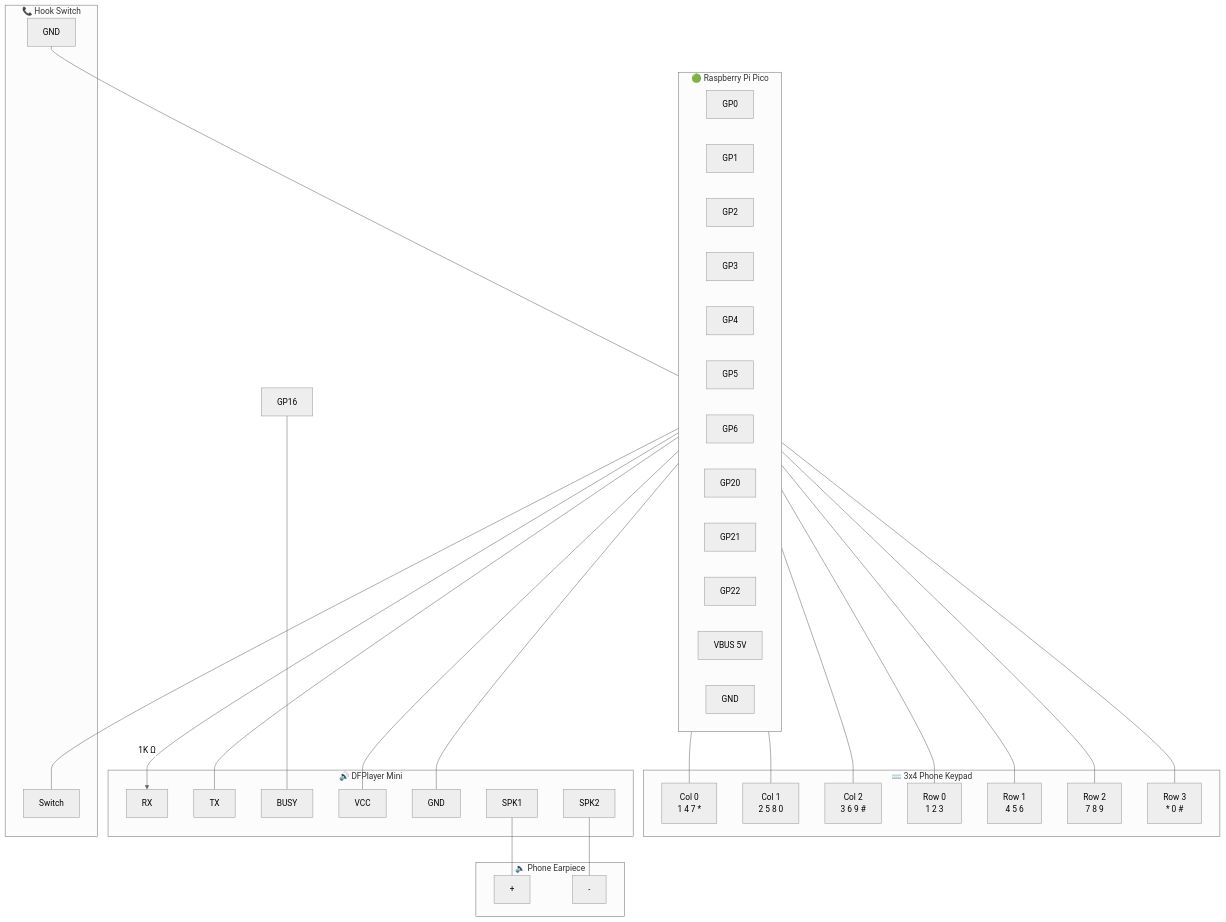
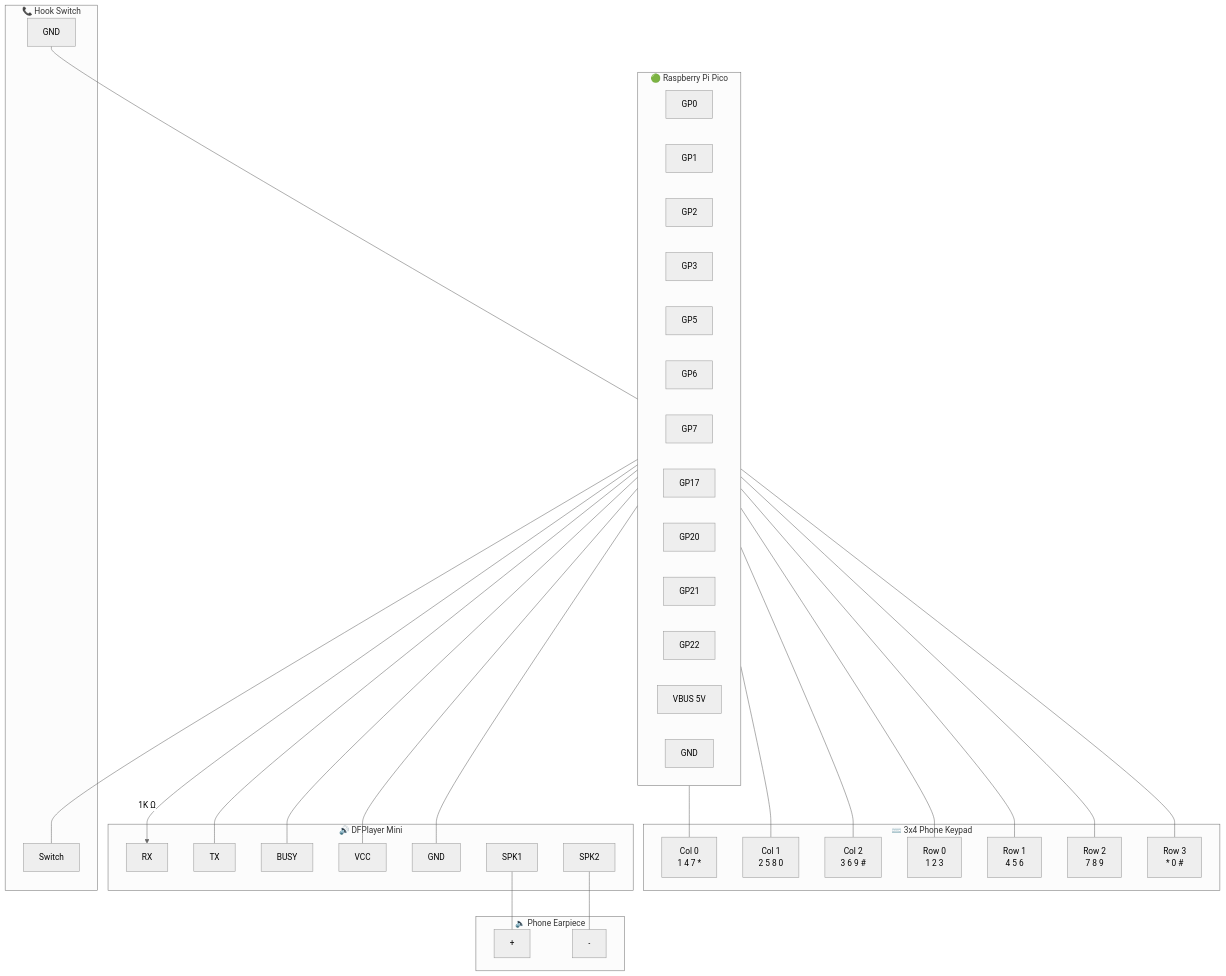
One commit to MarioCruz/OMiamiPhone changed the first of 2 diagrams in README.md. Above: the diagram before and after it, drawn with Mermaid (neutral theme). The commit also changed other lines of this file and 7 other files, not shown here.

First line of the commit message:
Move keypad row 2 to GP7 (UART1 conflict), BUSY to GP17, add 911 SFX

````diff
--- a/README.md
+++ b/README.md
@@ -30,69 +30,69 @@
 ```mermaid
 graph TB
     subgraph PICO["🟢 Raspberry Pi Pico"]
         direction LR
         GP0["GP0"]
         GP1["GP1"]
         GP2["GP2"]
         GP3["GP3"]
-        GP4["GP4"]
         GP5["GP5"]
         GP6["GP6"]
+        GP7["GP7"]
+        GP17["GP17"]
         GP20["GP20"]
         GP21["GP21"]
         GP22["GP22"]
         VBUS["VBUS 5V"]
         GND["GND"]
     end
 
     subgraph KEYPAD["⌨️ 3x4 Phone Keypad"]
         COL0["Col 0<br/>1 4 7 *"]
         COL1["Col 1<br/>2 5 8 0"]
         COL2["Col 2<br/>3 6 9 #"]
         ROW0["Row 0<br/>1 2 3"]
         ROW1["Row 1<br/>4 5 6"]
         ROW2["Row 2<br/>7 8 9"]
         ROW3["Row 3<br/>* 0 #"]
     end
 
     subgraph DFPLAYER["🔊 DFPlayer Mini"]
         DFP_RX["RX"]
         DFP_TX["TX"]
         DFP_BUSY["BUSY"]
         DFP_VCC["VCC"]
         DFP_GND["GND"]
         DFP_SPK1["SPK1"]
         DFP_SPK2["SPK2"]
     end
 
     subgraph HOOK["📞 Hook Switch"]
         HOOK_SW["Switch"]
         HOOK_GND["GND"]
     end
 
     subgraph EARPIECE["🔈 Phone Earpiece"]
         EAR_P["+"]
         EAR_N["-"]
     end
 
     GP0 --- COL0
     GP1 --- COL1
     GP2 --- COL2
     GP6 --- ROW0
     GP5 --- ROW1
-    GP4 --- ROW2
+    GP7 --- ROW2
     GP3 --- ROW3
 
-    GP16["GP16"]
     GP20 -->|"1K Ω"| DFP_RX
     GP21 --- DFP_TX
-    GP16 --- DFP_BUSY
+    GP17 --- DFP_BUSY
     VBUS --- DFP_VCC
     GND --- DFP_GND
 
     GP22 --- HOOK_SW
     HOOK_GND --- GND
 
     DFP_SPK1 --- EAR_P
     DFP_SPK2 --- EAR_N
 ```
````
